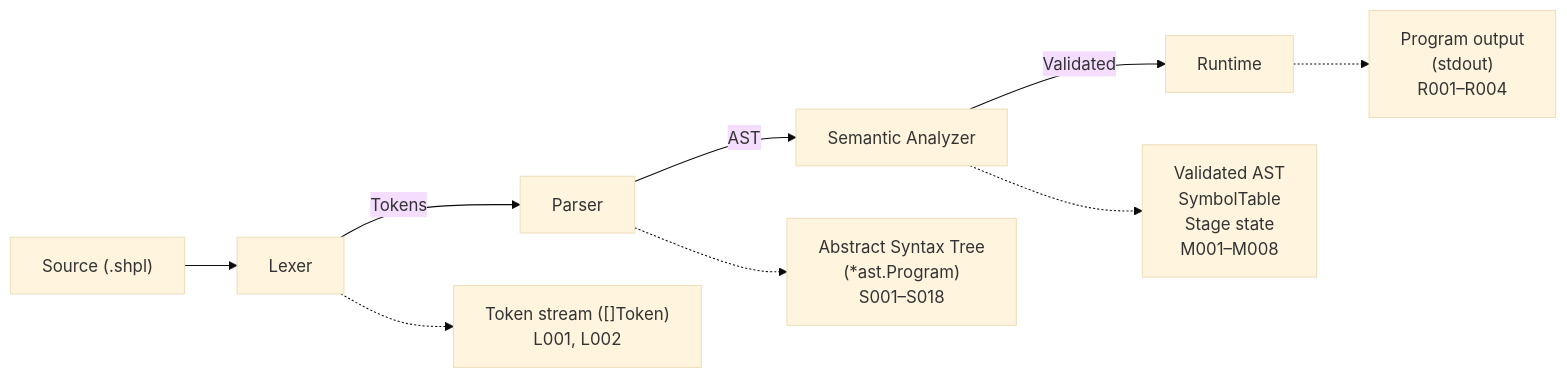
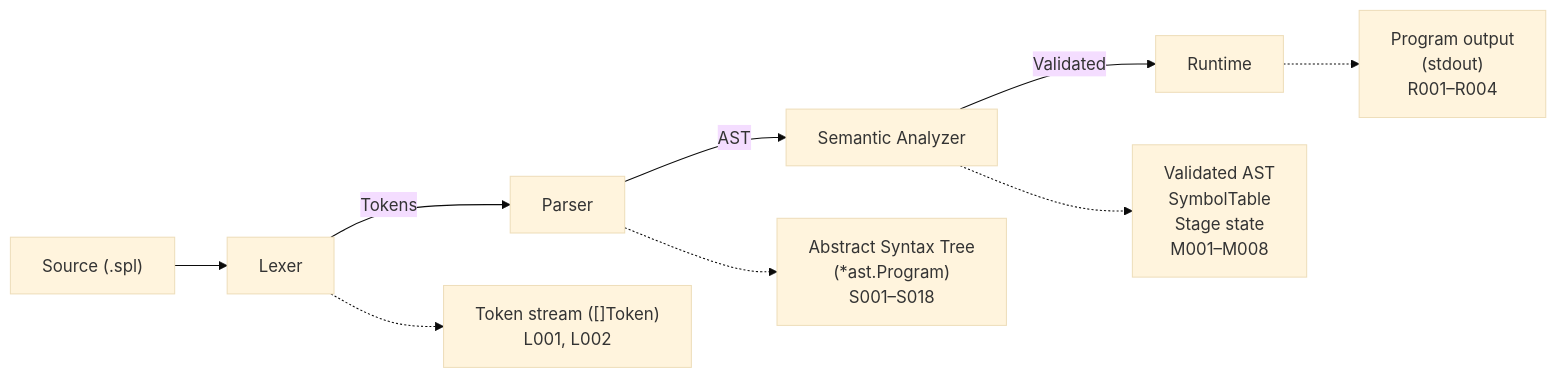
The first of 2 diagrams in docs/architecture/overview.md (lorenzobandini/shakespeare-interpreter-go), drawn with Mermaid (base theme) before and after one commit. The commit also changed other lines of this file and 61 other files, not shown here.

Commit message:
chore: rename shpl to spl across the project

````diff
--- a/docs/architecture/overview.md
+++ b/docs/architecture/overview.md
@@ -5,29 +5,29 @@
 ```mermaid
 graph LR
-  Source["Source (.shpl)"]
+  Source["Source (.spl)"]
   Lexer
   Parser
   Semantic["Semantic Analyzer"]
   Runtime
   Tokens["Token stream ([]Token)
           L001, L002"]
   AST["Abstract Syntax Tree
        (*ast.Program)
        S001–S018"]
   Validated["Validated AST
              SymbolTable
              Stage state
              M001–M008"]
   Output["Program output
           (stdout)
           R001–R004"]
 
   Source --> Lexer
   Lexer -->|Tokens| Parser
   Parser -->|AST| Semantic
   Semantic -->|Validated| Runtime
   Lexer -.-> Tokens
   Parser -.-> AST
   Semantic -.-> Validated
   Runtime -.-> Output
 ```
````
